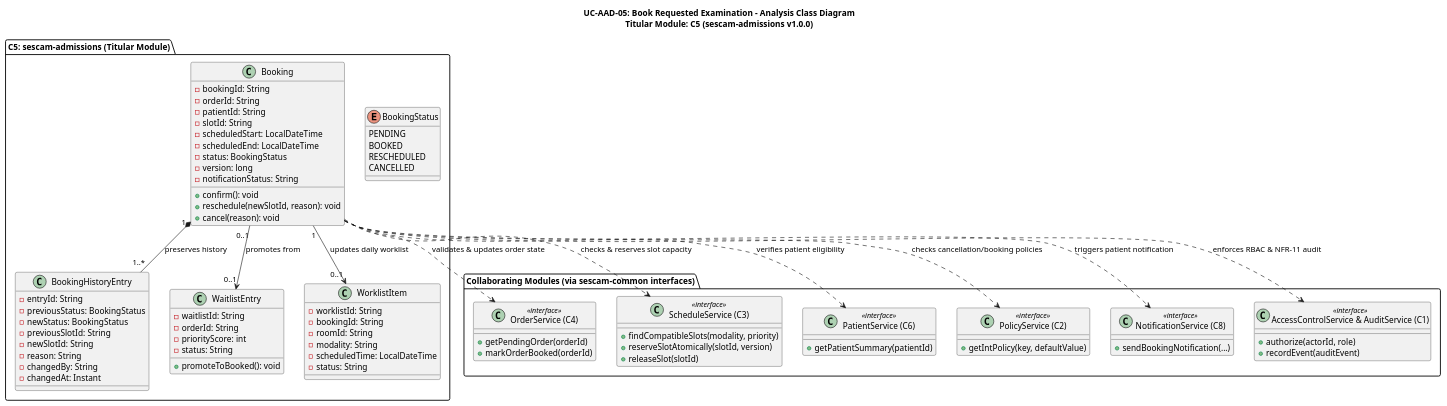
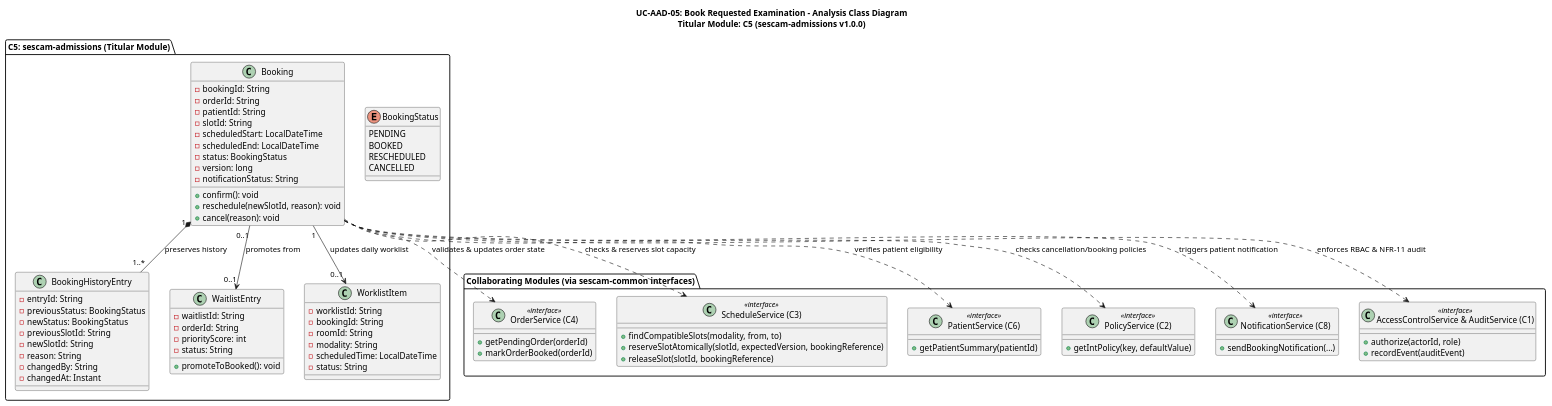
One commit to paticama/ISO26-ISO2-A1.01 changed the diagram in docs/diagrams/UC-AAD-05/uc-aad-05-class-analysis.puml. Above: the diagram before and after it, drawn with PlantUML. The commit also changed 51 other files, not shown here.

```diff
--- a/docs/diagrams/UC-AAD-05/uc-aad-05-class-analysis.puml
+++ b/docs/diagrams/UC-AAD-05/uc-aad-05-class-analysis.puml
@@ -1,95 +1,95 @@
 @startuml uc-aad-05-class-analysis
 skinparam backgroundColor #FFFFFF
 skinparam shadowing false
 skinparam roundcorner 6
 
 title UC-AAD-05: Book Requested Examination - Analysis Class Diagram\nTitular Module: C5 (sescam-admissions v1.0.0)
 
 package "C5: sescam-admissions (Titular Module)" {
     enum BookingStatus {
         PENDING
         BOOKED
         RESCHEDULED
         CANCELLED
     }
 
     class Booking {
         - bookingId: String
         - orderId: String
         - patientId: String
         - slotId: String
         - scheduledStart: LocalDateTime
         - scheduledEnd: LocalDateTime
         - status: BookingStatus
         - version: long
         - notificationStatus: String
         + confirm(): void
         + reschedule(newSlotId, reason): void
         + cancel(reason): void
     }
 
     class BookingHistoryEntry {
         - entryId: String
         - previousStatus: BookingStatus
         - newStatus: BookingStatus
         - previousSlotId: String
         - newSlotId: String
         - reason: String
         - changedBy: String
         - changedAt: Instant
     }
 
     class WaitlistEntry {
         - waitlistId: String
         - orderId: String
         - priorityScore: int
         - status: String
         + promoteToBooked(): void
     }
 
     class WorklistItem {
         - worklistId: String
         - bookingId: String
         - roomId: String
         - modality: String
         - scheduledTime: LocalDateTime
         - status: String
     }
 
     Booking "1" *-- "1..*" BookingHistoryEntry : preserves history
     Booking "0..1" --> "0..1" WaitlistEntry : promotes from
     Booking "1" --> "0..1" WorklistItem : updates daily worklist
 }
 
 package "Collaborating Modules (via sescam-common interfaces)" {
     class "OrderService (C4)" as C4 <<interface>> {
         + getPendingOrder(orderId)
         + markOrderBooked(orderId)
     }
     class "ScheduleService (C3)" as C3 <<interface>> {
-        + findCompatibleSlots(modality, priority)
-        + reserveSlotAtomically(slotId, version)
-        + releaseSlot(slotId)
+        + findCompatibleSlots(modality, from, to)
+        + reserveSlotAtomically(slotId, expectedVersion, bookingReference)
+        + releaseSlot(slotId, bookingReference)
     }
     class "PatientService (C6)" as C6 <<interface>> {
         + getPatientSummary(patientId)
     }
     class "PolicyService (C2)" as C2 <<interface>> {
         + getIntPolicy(key, defaultValue)
     }
     class "NotificationService (C8)" as C8 <<interface>> {
         + sendBookingNotification(...)
     }
     class "AccessControlService & AuditService (C1)" as C1 <<interface>> {
         + authorize(actorId, role)
         + recordEvent(auditEvent)
     }
 }
 
 Booking ..> C4 : validates & updates order state
 Booking ..> C3 : checks & reserves slot capacity
 Booking ..> C6 : verifies patient eligibility
 Booking ..> C2 : checks cancellation/booking policies
 Booking ..> C8 : triggers patient notification
 Booking ..> C1 : enforces RBAC & NFR-11 audit
 @enduml
```
